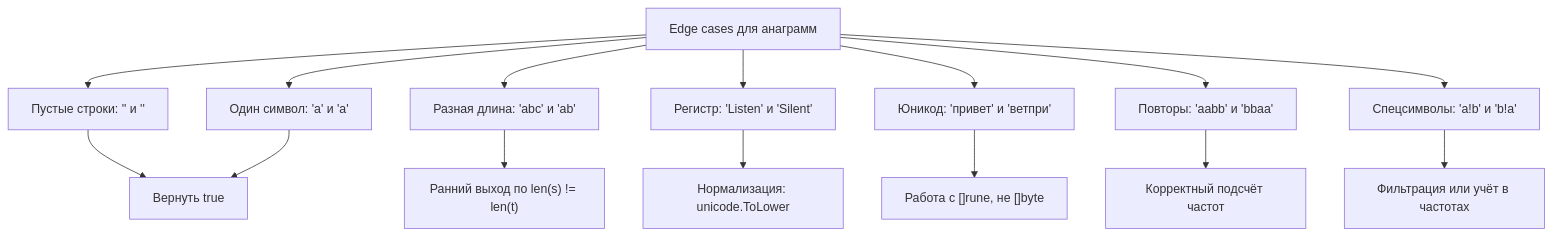
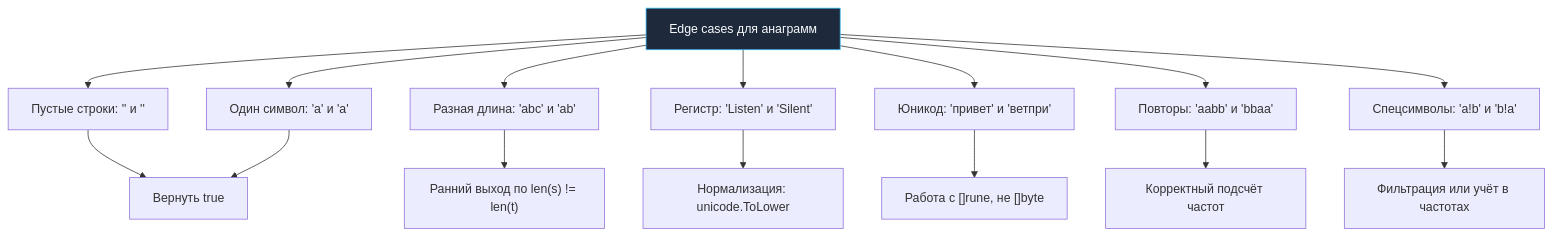
One commit to UnrealTemplier/go-textbook changed the third of 3 diagrams in sources/21. Задачи с LeetCode и собеседований на Go/02. Задачи/25. Строки/3. Valid Anagram.md. Above: the diagram before and after it, drawn with Mermaid. The commit also changed other lines of this file and 1666 other files, not shown here.

First line of the commit message:
feat(mermaid): add semantic color classDef to 1369 colorless flowchart/graph diagrams

````diff
--- a/sources/21. Задачи с LeetCode и собеседований на Go/02. Задачи/25. Строки/3. Valid Anagram.md
+++ b/sources/21. Задачи с LeetCode и собеседований на Go/02. Задачи/25. Строки/3. Valid Anagram.md
@@ -333,18 +353,28 @@
 ```mermaid
 flowchart TD
-    A["Edge cases для анаграмм"] --> B["Пустые строки: '' и ''"]
+    classDef process  fill:#1e293b,stroke:#38bdf8,stroke-width:1px,color:#f8fafc
+    classDef success  fill:#064e3b,stroke:#34d399,stroke-width:1px,color:#f8fafc
+    classDef error    fill:#7f1d1d,stroke:#f87171,stroke-width:1px,color:#f8fafc
+    classDef warning  fill:#78350f,stroke:#fbbf24,stroke-width:1px,color:#f8fafc
+    classDef entry    fill:#1e3a5f,stroke:#38bdf8,stroke-width:2px,color:#f8fafc
+    classDef aux      fill:#334155,stroke:#64748b,stroke-width:1px,color:#f8fafc
+    classDef system   fill:#312e81,stroke:#a78bfa,stroke-width:1px,color:#f8fafc
+    classDef data     fill:#132d29,stroke:#2dd4bf,stroke-width:1px,color:#f8fafc
+    classDef network  fill:#881337,stroke:#fb7185,stroke-width:1px,color:#f8fafc
+    classDef accent   fill:#1e1b4b,stroke:#818cf8,stroke-width:1px,color:#f8fafc
+    A["Edge cases для анаграмм"]:::process --> B["Пустые строки: '' и ''"]
     A --> C["Один символ: 'a' и 'a'"]
     A --> D["Разная длина: 'abc' и 'ab'"]
     A --> E["Регистр: 'Listen' и 'Silent'"]
     A --> F["Юникод: 'привет' и 'ветпри'"]
     A --> G["Повторы: 'aabb' и 'bbaa'"]
     A --> H["Спецсимволы: 'a!b' и 'b!a'"]
     
     B --> I["Вернуть true"]
     C --> I
     D --> J["Ранний выход по len(s) != len(t)"]
     E --> K["Нормализация: unicode.ToLower"]
     F --> L["Работа с []rune, не []byte"]
     G --> M["Корректный подсчёт частот"]
     H --> N["Фильтрация или учёт в частотах"]
 ```
````
